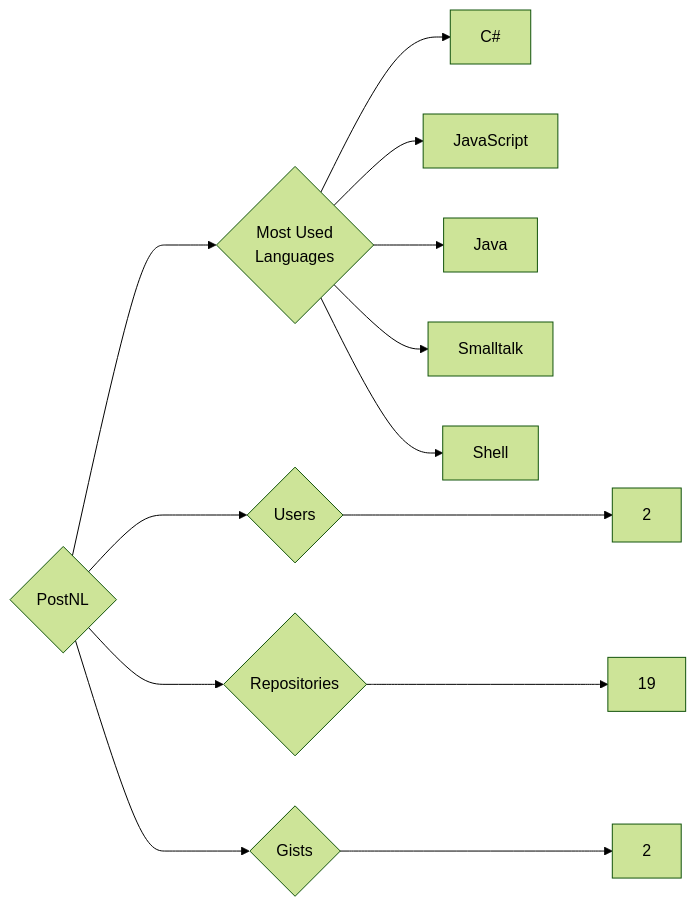
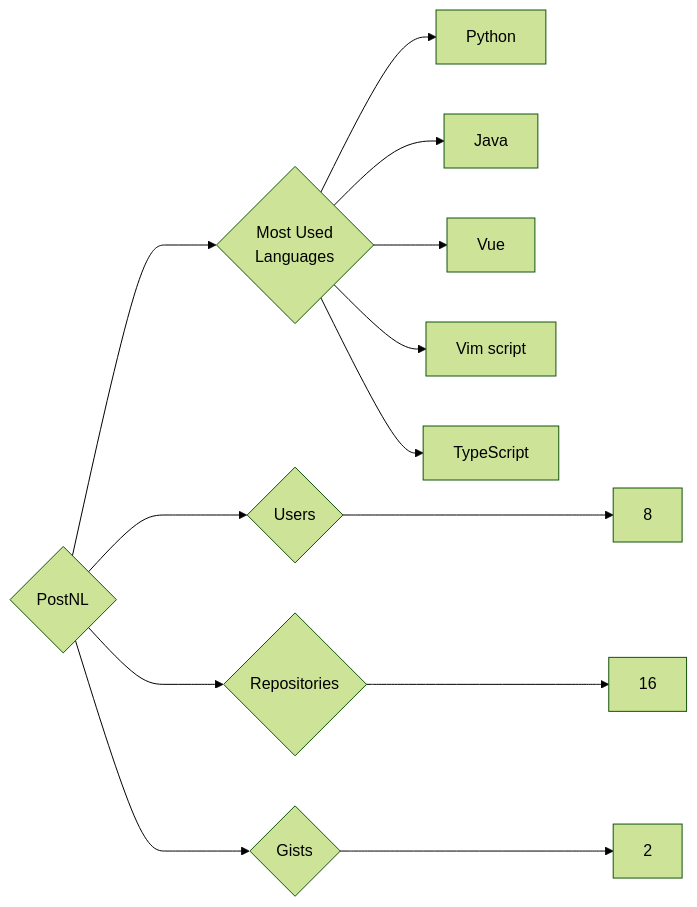
One commit to trickest/insiders changed the diagram in targets/PostNL/README.md. Above: the diagram before and after it, drawn with Mermaid (forest theme). The commit also changed 955 other files, not shown here.

````diff
--- a/targets/PostNL/README.md
+++ b/targets/PostNL/README.md
@@ -3,13 +3,13 @@
 ```mermaid
 graph LR
 COMPANY_NAME{PostNL}
-COMPANY_NAME ---> U{Users} ---> UN[2]
-COMPANY_NAME ---> R{Repositories} ---> RN[19]
+COMPANY_NAME ---> U{Users} ---> UN[8]
+COMPANY_NAME ---> R{Repositories} ---> RN[16]
 COMPANY_NAME ---> G{Gists} ---> GN[2]
 COMPANY_NAME ---> ML{Most Used<br>Languages}
-ML --> C#[C#]
-ML --> JavaScript[JavaScript]
+ML --> Python[Python]
 ML --> Java[Java]
-ML --> Smalltalk[Smalltalk]
-ML --> Shell[Shell]
+ML --> Vue[Vue]
+ML --> Vim_script[Vim script]
+ML --> TypeScript[TypeScript]
 ```
````
